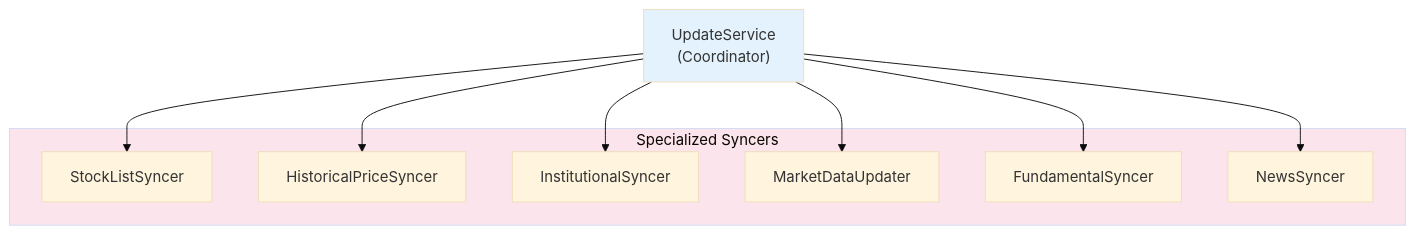
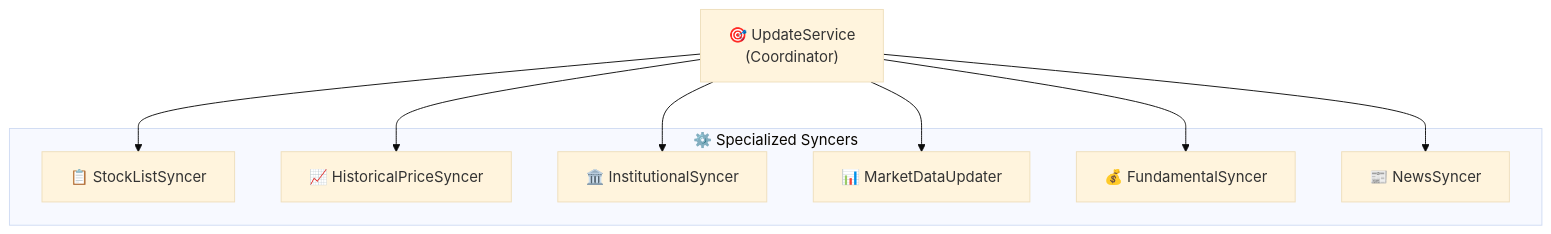
Before and after one commit to Neal75418/afterclose: the sixth of 6 diagrams in CLAUDE.md, drawn with Mermaid (base theme). The commit also changed other lines of this file and 2 other files, not shown here.

First line of the commit message:
docs: 更新規則引擎文件與流程圖

````diff
--- a/CLAUDE.md
+++ b/CLAUDE.md
@@ -173,23 +149,20 @@
 ```mermaid
 flowchart TB
-    US["UpdateService<br/>(Coordinator)"]
+    US["🎯 UpdateService<br/>(Coordinator)"]
 
-    subgraph Syncers["Specialized Syncers"]
-        SLS["StockListSyncer"]
-        HPS["HistoricalPriceSyncer"]
-        IS["InstitutionalSyncer"]
-        MDU["MarketDataUpdater"]
-        FS["FundamentalSyncer"]
-        NS["NewsSyncer"]
+    subgraph Syncers["⚙️ Specialized Syncers"]
+        SLS["📋 StockListSyncer"]
+        HPS["📈 HistoricalPriceSyncer"]
+        IS["🏛️ InstitutionalSyncer"]
+        MDU["📊 MarketDataUpdater"]
+        FS["💰 FundamentalSyncer"]
+        NS["📰 NewsSyncer"]
     end
 
     US --> SLS
     US --> HPS
     US --> IS
     US --> MDU
     US --> FS
     US --> NS
-
-    style US fill:#e3f2fd
-    style Syncers fill:#fce4ec
 ```
````
